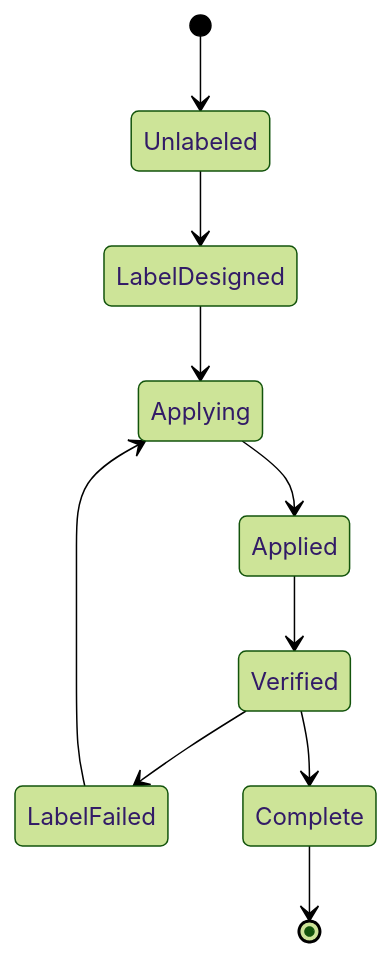
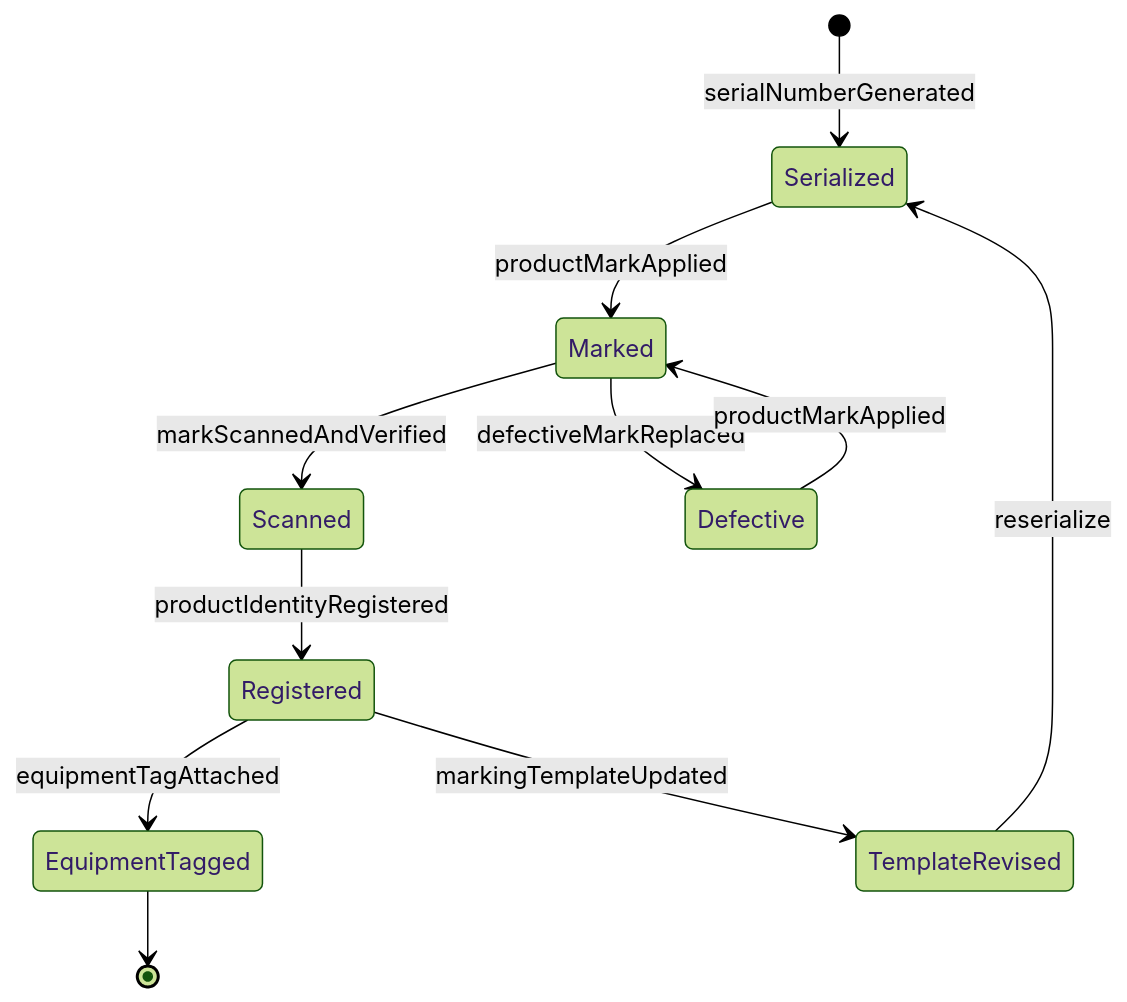
One commit to dot-org-ai/tasks.org.ai changed the second of 4 diagrams in IdentifyingObjectsActionsAndEvents/MarkMaterialsOrObjectsForIdentification/MarkProductsWorkpiecesEquipmentIdentifying.mdx. Above: the diagram before and after it, drawn with Mermaid (forest theme). The commit also changed other lines of this file and 515 other files, not shown here.

````diff
--- a/IdentifyingObjectsActionsAndEvents/MarkMaterialsOrObjectsForIdentification/MarkProductsWorkpiecesEquipmentIdentifying.mdx
+++ b/IdentifyingObjectsActionsAndEvents/MarkMaterialsOrObjectsForIdentification/MarkProductsWorkpiecesEquipmentIdentifying.mdx
@@ -99,12 +99,13 @@
 ```mermaid
 stateDiagram-v2
-    [*] --> Unlabeled
-    Unlabeled --> LabelDesigned
-    LabelDesigned --> Applying
-    Applying --> Applied
-    Applied --> Verified
-    Verified --> LabelFailed
-    LabelFailed --> Applying
-    Verified --> Complete
-    Complete --> [*]
+    [*] --> Serialized : serialNumberGenerated
+    Serialized --> Marked : productMarkApplied
+    Marked --> Scanned : markScannedAndVerified
+    Scanned --> Registered : productIdentityRegistered
+    Marked --> Defective : defectiveMarkReplaced
+    Defective --> Marked : productMarkApplied
+    Registered --> EquipmentTagged : equipmentTagAttached
+    Registered --> TemplateRevised : markingTemplateUpdated
+    TemplateRevised --> Serialized : reserialize
+    EquipmentTagged --> [*]
 ```
````
